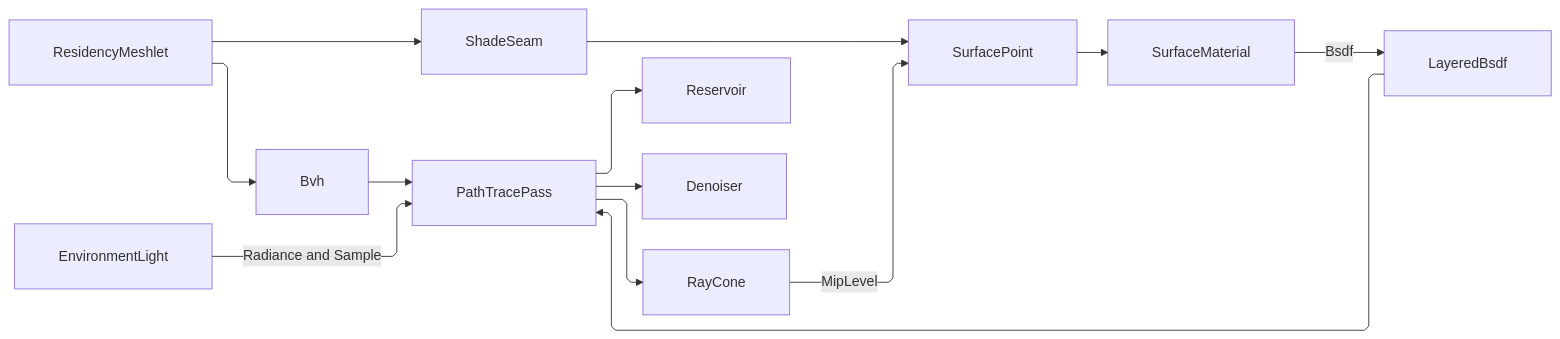
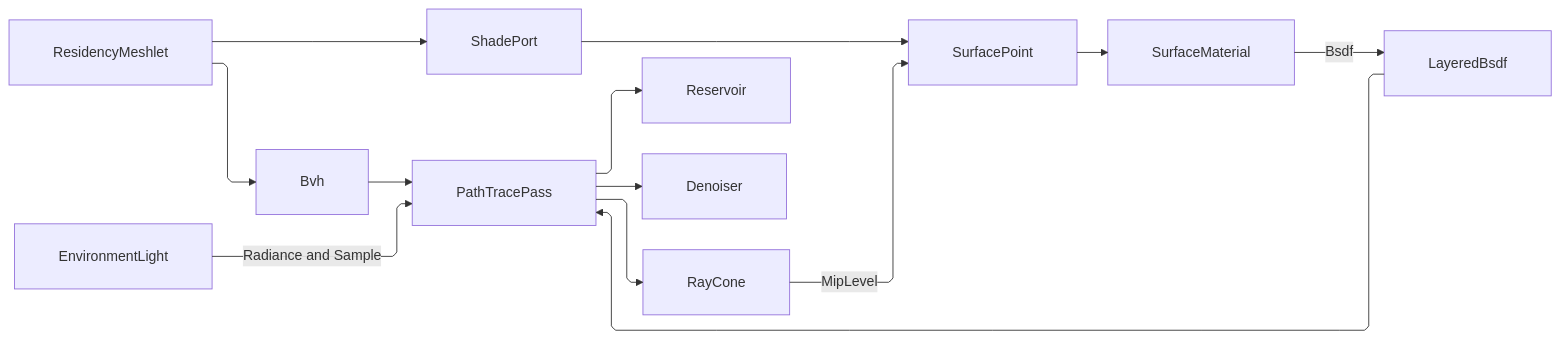
One commit to bsamiee/Rasm changed the diagram in libs/dotnet/Rasm.AppUi/.planning/Render/pathtrace.md. Above: the diagram before and after it, drawn with Mermaid. The commit also changed other lines of this file and 1997 other files, not shown here.

````diff
--- a/libs/dotnet/Rasm.AppUi/.planning/Render/pathtrace.md
+++ b/libs/dotnet/Rasm.AppUi/.planning/Render/pathtrace.md
@@ -825,24 +825,24 @@
 ```mermaid
 ---
 config:
   layout: elk
   flowchart:
     curve: linear
     padding: 25
 ---
 flowchart LR
     accTitle: Path tracing material and environment flow
-    accDescr: Meshlet bounds build the BVH, the surface seam and the ray cone key one Materials query, and the dome answers by direction.
+    accDescr: Meshlet bounds build the BVH, the surface port and the ray cone key one Materials query, and the dome answers by direction.
     ResidencyMeshlet --> Bvh
-    ResidencyMeshlet --> ShadeSeam
+    ResidencyMeshlet --> ShadePort
     Bvh --> PathTracePass
     PathTracePass --> Reservoir
     PathTracePass --> Denoiser
     PathTracePass --> RayCone
-    ShadeSeam --> SurfacePoint
+    ShadePort --> SurfacePoint
     RayCone -->|MipLevel| SurfacePoint
     SurfacePoint --> SurfaceMaterial
     SurfaceMaterial -->|Bsdf| LayeredBsdf
     LayeredBsdf --> PathTracePass
     EnvironmentLight -->|Radiance and Sample| PathTracePass
 ```
````
